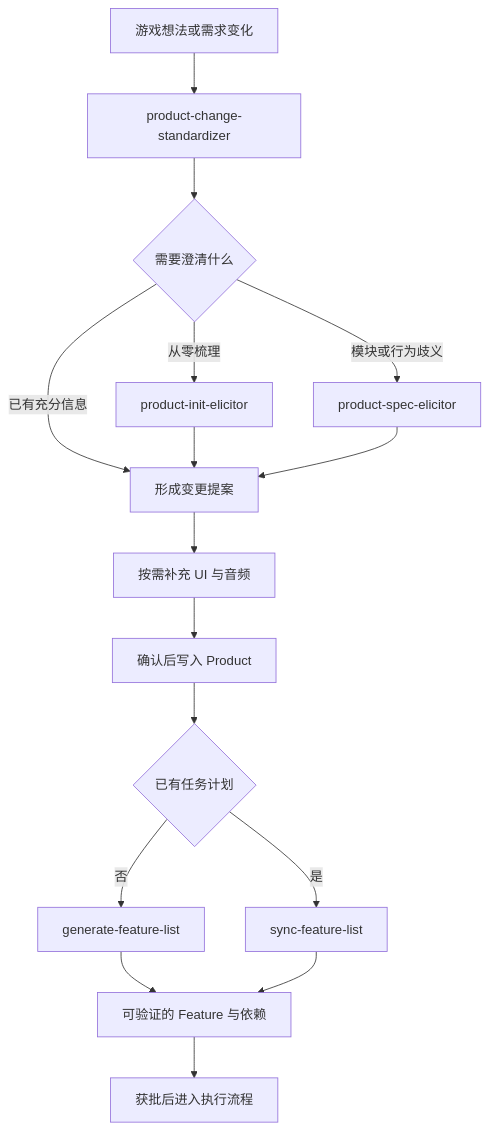
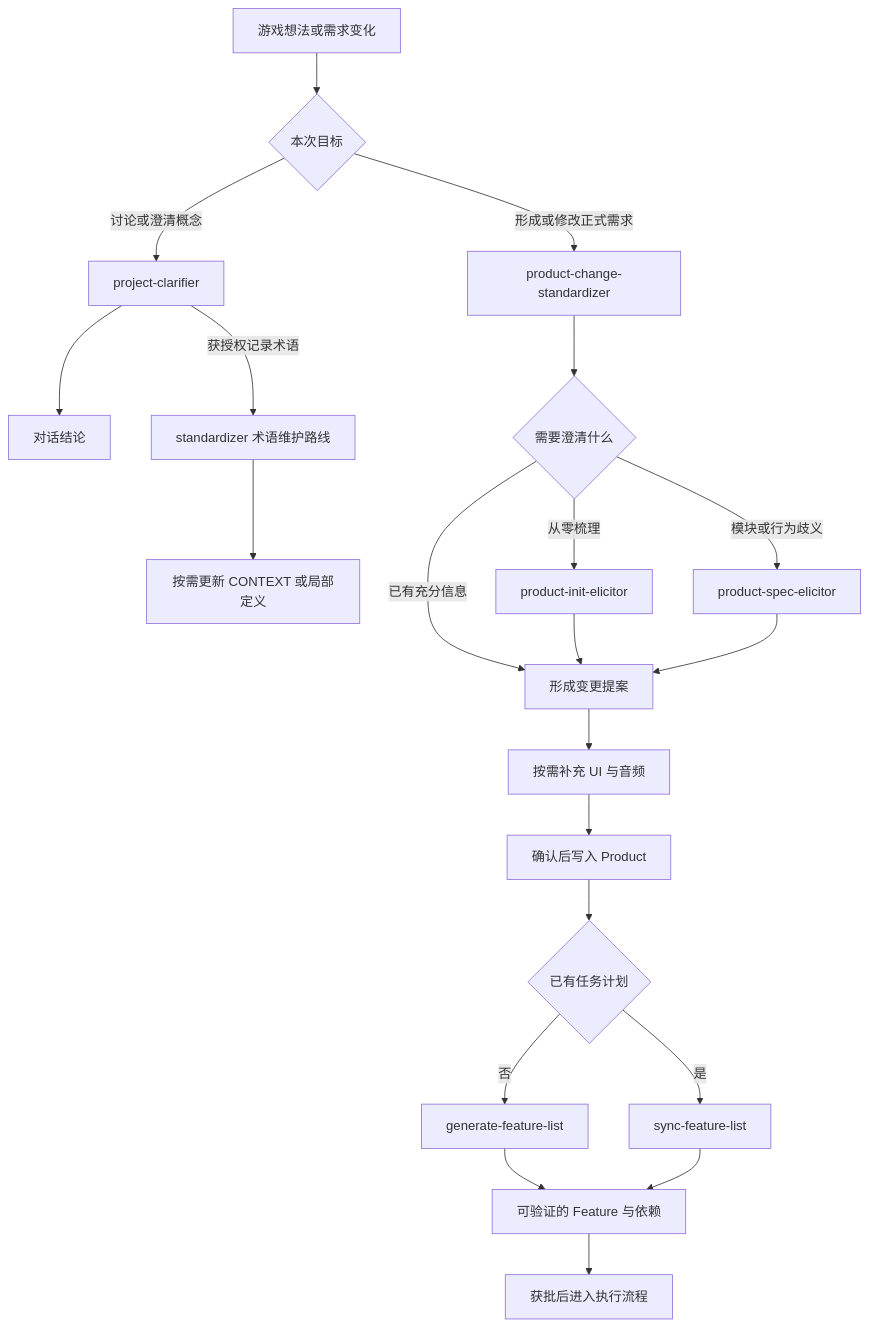
Before and after one commit to yxy823/Game_idle_yaya_frame: the first of 2 diagrams in framework/docs/blank-project/guides/product-and-planning.md, drawn with Mermaid. The commit also changed other lines of this file and 22 other files, not shown here.

````diff
--- a/framework/docs/blank-project/guides/product-and-planning.md
+++ b/framework/docs/blank-project/guides/product-and-planning.md
@@ -20,18 +22,23 @@
 ```mermaid
 flowchart TD
-    A[游戏想法或需求变化] --> B[product-change-standardizer]
+    A[游戏想法或需求变化] --> Q{本次目标}
+    Q -->|讨论或澄清概念| R[project-clarifier]
+    R --> S[对话结论]
+    R -->|获授权记录术语| T[standardizer 术语维护路线]
+    T --> U[按需更新 CONTEXT 或局部定义]
+    Q -->|形成或修改正式需求| B[product-change-standardizer]
     B --> C{需要澄清什么}
     C -->|从零梳理| D[product-init-elicitor]
     C -->|模块或行为歧义| E[product-spec-elicitor]
     C -->|已有充分信息| F[形成变更提案]
     D --> F
     E --> F
     F --> G[按需补充 UI 与音频]
     G --> H[确认后写入 Product]
     H --> I{已有任务计划}
     I -->|否| J[generate-feature-list]
     I -->|是| K[sync-feature-list]
     J --> L[可验证的 Feature 与依赖]
     K --> L
     L --> M[获批后进入执行流程]
 ```
````
